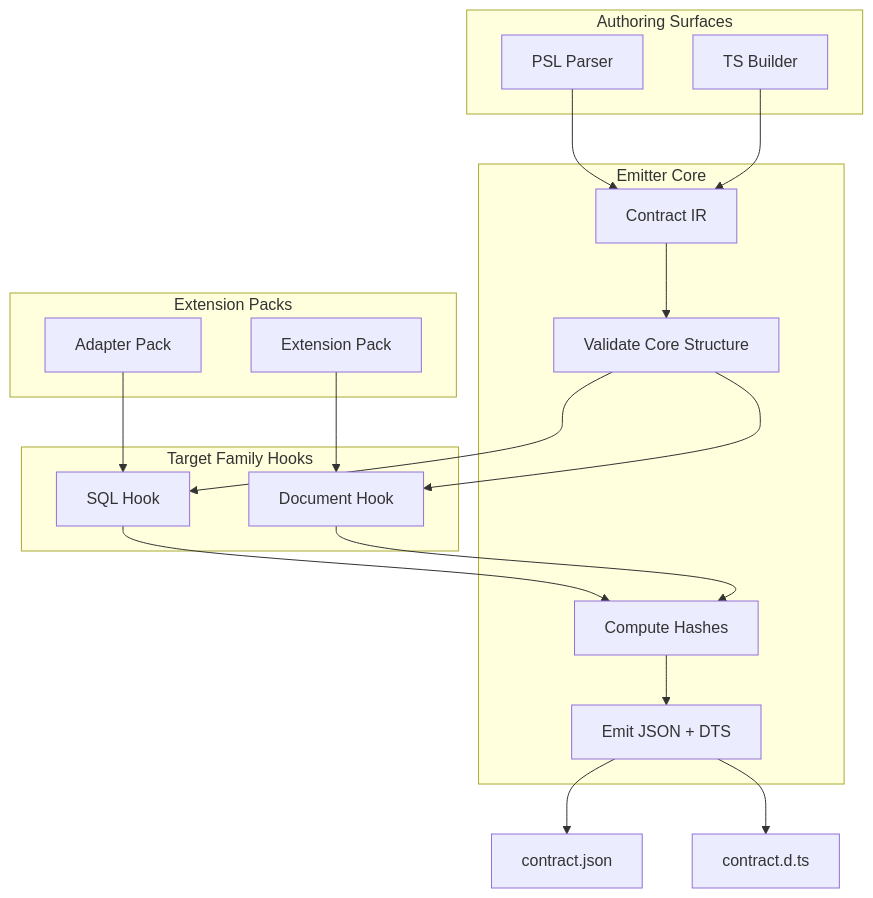
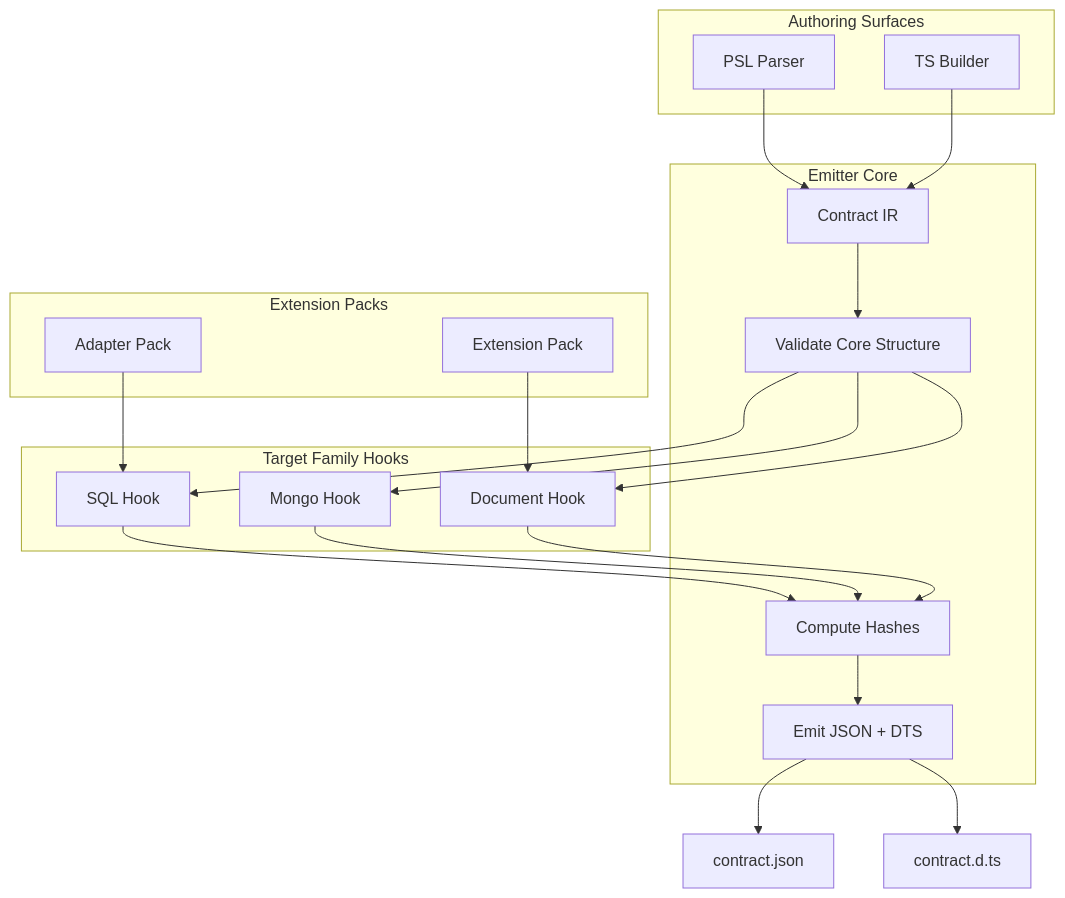
One commit to prisma/prisma-next changed the diagram in packages/1-framework/3-tooling/emitter/README.md. Above: the diagram before and after it, drawn with Mermaid. The commit also changed other lines of this file and 2 other files, not shown here.

First line of the commit message:
update docs: Mongo emitter README, framework emitter exports, M3 plan progress

````diff
--- a/packages/1-framework/3-tooling/emitter/README.md
+++ b/packages/1-framework/3-tooling/emitter/README.md
@@ -36,37 +36,40 @@
 ```mermaid
 flowchart TD
     subgraph "Authoring Surfaces"
         PSL[PSL Parser]
         TS[TS Builder]
     end
 
     subgraph "Emitter Core"
         IR[Contract IR]
         VAL[Validate Core Structure]
         HASH[Compute Hashes]
         EMIT[Emit JSON + DTS]
     end
 
     subgraph "Target Family Hooks"
         SQL[SQL Hook]
+        MONGO[Mongo Hook]
         DOC[Document Hook]
     end
 
     subgraph "Extension Packs"
         PACK1[Adapter Pack]
         PACK2[Extension Pack]
     end
 
     PSL --> IR
     TS --> IR
     IR --> VAL
     VAL --> SQL
+    VAL --> MONGO
     VAL --> DOC
     SQL --> HASH
+    MONGO --> HASH
     DOC --> HASH
     PACK1 --> SQL
     PACK2 --> DOC
     HASH --> EMIT
     EMIT --> JSON[contract.json]
     EMIT --> DTS[contract.d.ts]
 ```
````
